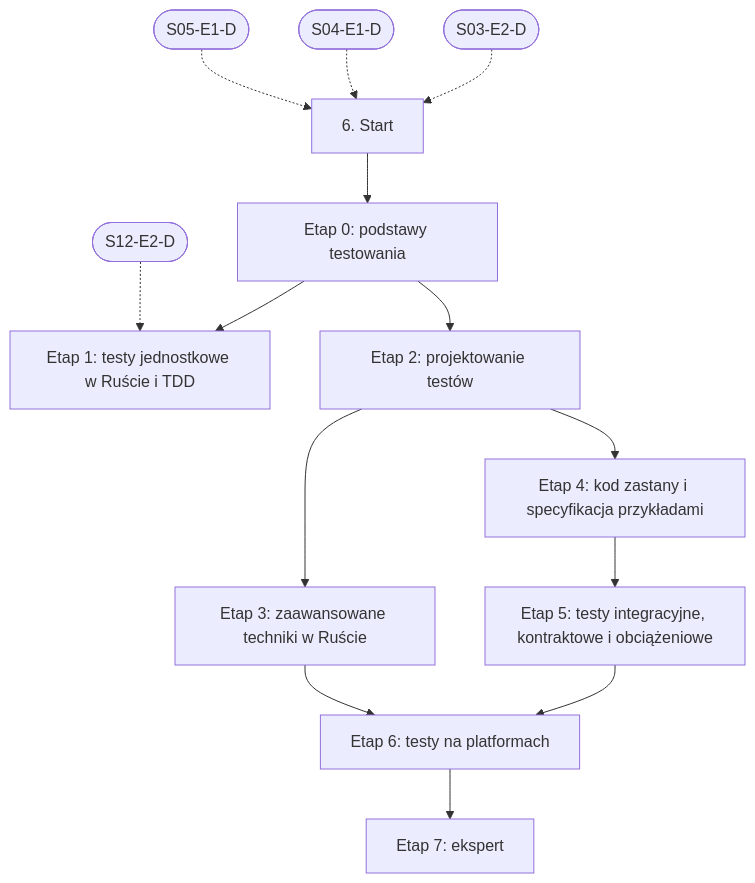
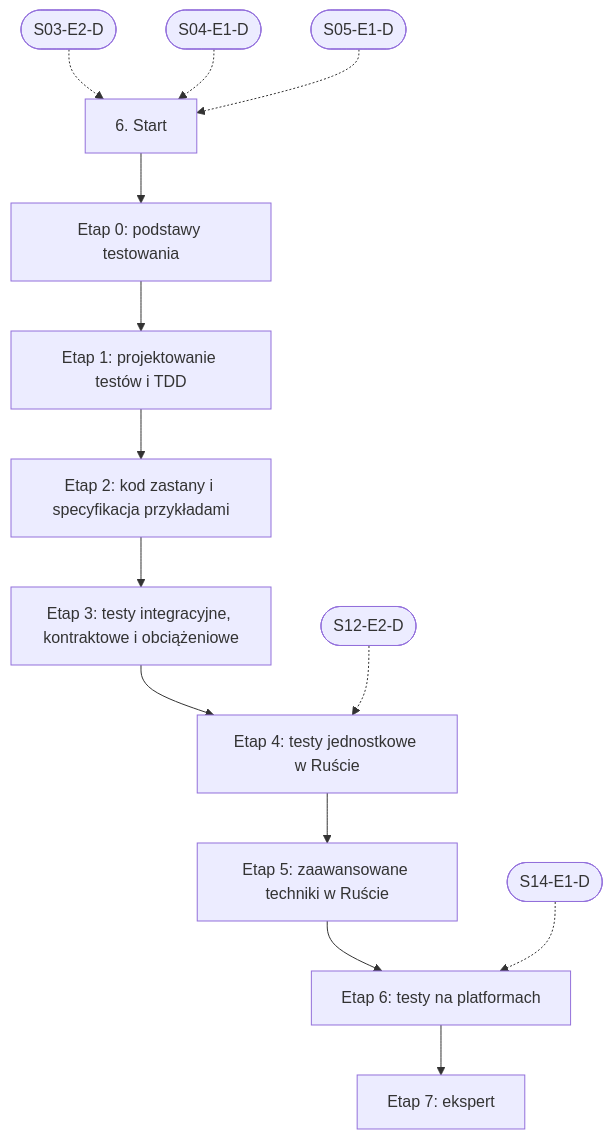
The diagram in linear/06-testowanie.md (danjarosz/software-development-learning-path), drawn with Mermaid before and after one commit. The commit also changed other lines of this file and 65 other files, not shown here.

First line of the commit message:
feat: popraw ścieżki nauki po przeglądzie i dodaj NestJS, FastAPI i GraphQL

````diff
--- a/linear/06-testowanie.md
+++ b/linear/06-testowanie.md
@@ -94,25 +88,25 @@
 ```mermaid
 flowchart TD
   START["6. Start"]
   E0["Etap 0: podstawy testowania"]
-  E1["Etap 1: testy jednostkowe w Ruście i TDD"]
-  E2["Etap 2: projektowanie testów"]
-  E3["Etap 3: zaawansowane techniki w Ruście"]
-  E4["Etap 4: kod zastany i specyfikacja przykładami"]
-  E5["Etap 5: testy integracyjne, kontraktowe i obciążeniowe"]
+  E1["Etap 1: projektowanie testów i TDD"]
+  E2["Etap 2: kod zastany i specyfikacja przykładami"]
+  E3["Etap 3: testy integracyjne, kontraktowe i obciążeniowe"]
+  E4["Etap 4: testy jednostkowe w Ruście"]
+  E5["Etap 5: zaawansowane techniki w Ruście"]
   E6["Etap 6: testy na platformach"]
   E7["Etap 7: ekspert"]
   START --> E0
   E0 --> E1
-  XS12E2D(["S12-E2-D"]) -.-> E1
-  E0 --> E2
+  E1 --> E2
   E2 --> E3
-  E2 --> E4
+  E3 --> E4
+  XS12E2D(["S12-E2-D"]) -.-> E4
   E4 --> E5
   E5 --> E6
-  E3 --> E6
+  XS14E1D(["S14-E1-D"]) -.-> E6
   E6 --> E7
   XS03E2D(["S03-E2-D"]) -.-> START
   XS04E1D(["S04-E1-D"]) -.-> START
   XS05E1D(["S05-E1-D"]) -.-> START
 ```
````
